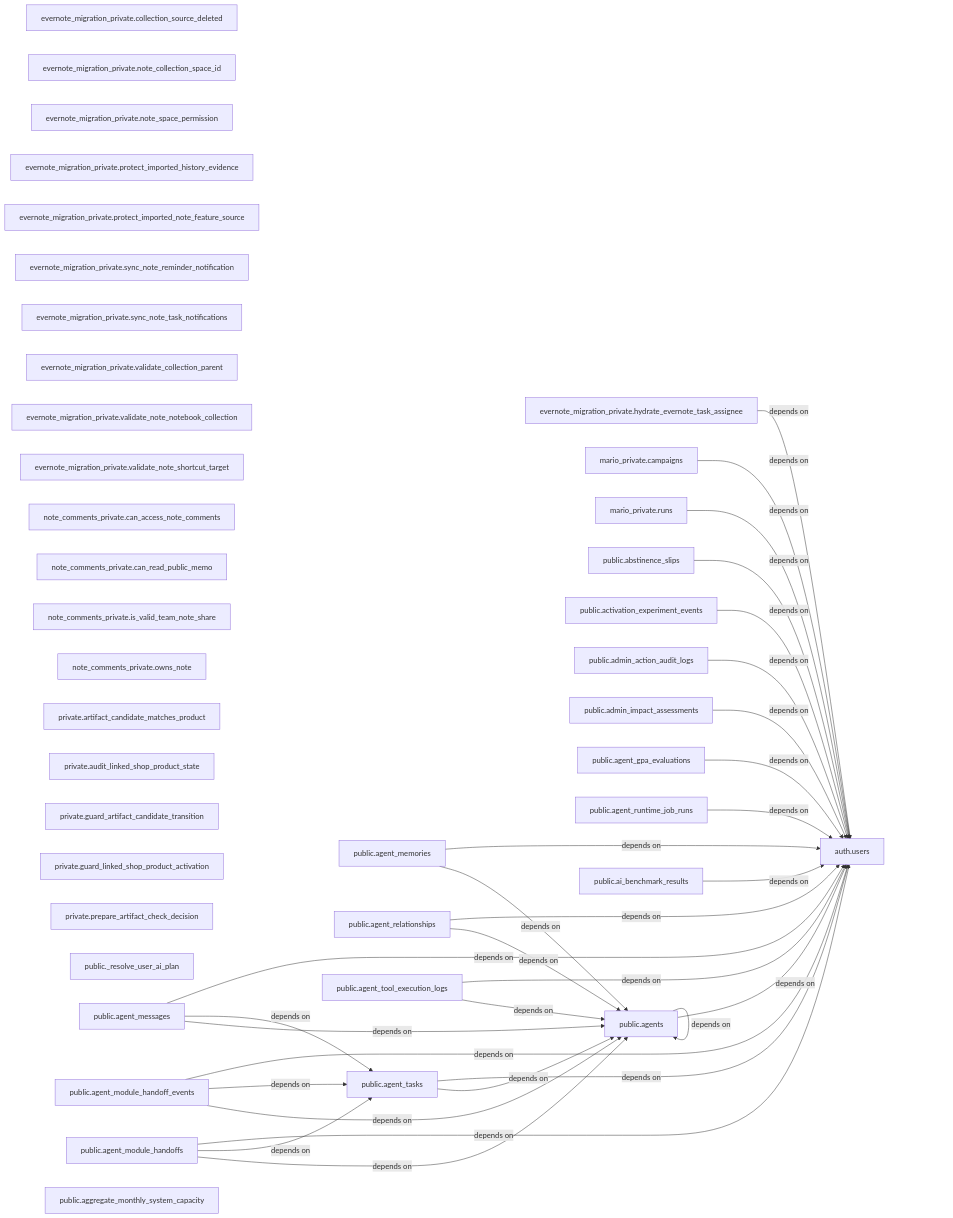
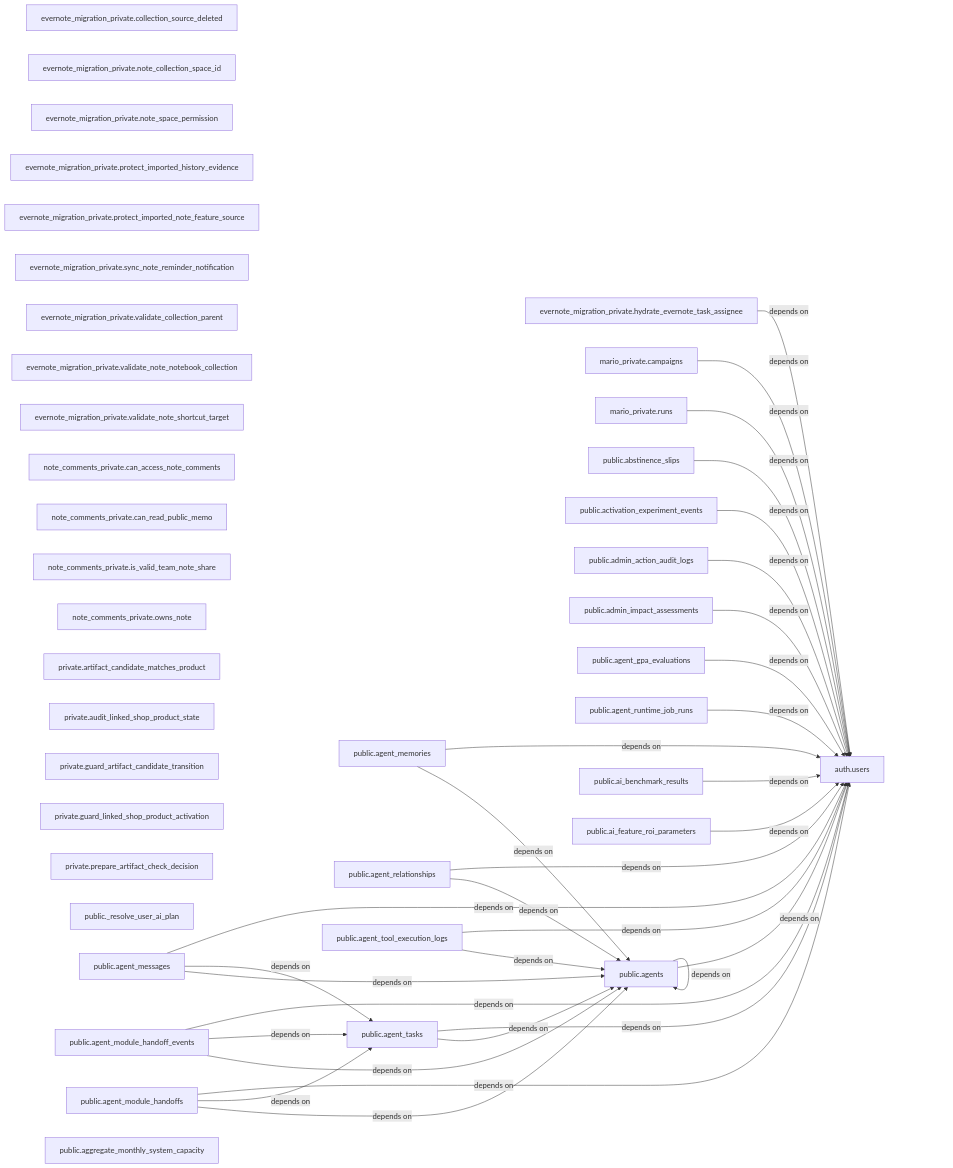
The second of 2 diagrams in docs/generated/INFRASTRUCTURE_MAP.md (kanta13jp1/my_web_app), drawn with Mermaid before and after one commit. The commit also changed other lines of this file and 9 other files, not shown here.

````diff
--- a/docs/generated/INFRASTRUCTURE_MAP.md
+++ b/docs/generated/INFRASTRUCTURE_MAP.md
@@ -25,72 +25,73 @@
 ```mermaid
 flowchart LR
   r_83903ee32b["auth.users"]
   r_d88f3b84ca["evernote_migration_private.collection_source_deleted"]
   r_73c4f41def["evernote_migration_private.hydrate_evernote_task_assignee"]
   r_ffb672200f["evernote_migration_private.note_collection_space_id"]
   r_769d2844f9["evernote_migration_private.note_space_permission"]
   r_c5d14536e4["evernote_migration_private.protect_imported_history_evidence"]
   r_61ee01a06e["evernote_migration_private.protect_imported_note_feature_source"]
   r_39663d015d["evernote_migration_private.sync_note_reminder_notification"]
-  r_7003e30ffb["evernote_migration_private.sync_note_task_notifications"]
   r_cb340cb8d0["evernote_migration_private.validate_collection_parent"]
   r_83b4367884["evernote_migration_private.validate_note_notebook_collection"]
   r_cf19f1c46f["evernote_migration_private.validate_note_shortcut_target"]
   r_ac500aabc1["mario_private.campaigns"]
   r_c3130a4a16["mario_private.runs"]
   r_6bb9d6715b["note_comments_private.can_access_note_comments"]
   r_925c771fa1["note_comments_private.can_read_public_memo"]
   r_5eb21972d5["note_comments_private.is_valid_team_note_share"]
   r_e8169db4ad["note_comments_private.owns_note"]
   r_8191971c00["private.artifact_candidate_matches_product"]
   r_e1862b1f50["private.audit_linked_shop_product_state"]
   r_5a323ff113["private.guard_artifact_candidate_transition"]
   r_f6277383c4["private.guard_linked_shop_product_activation"]
   r_c5201230ed["private.prepare_artifact_check_decision"]
   r_09591299f9["public._resolve_user_ai_plan"]
   r_329fe13cab["public.abstinence_slips"]
   r_baad80ddc1["public.activation_experiment_events"]
   r_1a31a32345["public.admin_action_audit_logs"]
   r_5f70eb8b05["public.admin_impact_assessments"]
   r_fbcd5fc165["public.agent_gpa_evaluations"]
   r_7673212bd8["public.agent_memories"]
   r_75122649e6["public.agent_messages"]
   r_033868af7f["public.agent_module_handoff_events"]
   r_999827be17["public.agent_module_handoffs"]
   r_d87b4e9d5a["public.agent_relationships"]
   r_ad4057e3a0["public.agent_runtime_job_runs"]
   r_07696a89a7["public.agent_tasks"]
   r_e4fc606bbb["public.agent_tool_execution_logs"]
   r_b7636f3dcb["public.agents"]
   r_0bb7f8efc2["public.aggregate_monthly_system_capacity"]
   r_e4bcb02f47["public.ai_benchmark_results"]
+  r_1381217d4c["public.ai_feature_roi_parameters"]
   r_73c4f41def -->|depends on| r_83903ee32b
   r_ac500aabc1 -->|depends on| r_83903ee32b
   r_c3130a4a16 -->|depends on| r_83903ee32b
   r_329fe13cab -->|depends on| r_83903ee32b
   r_baad80ddc1 -->|depends on| r_83903ee32b
   r_1a31a32345 -->|depends on| r_83903ee32b
   r_5f70eb8b05 -->|depends on| r_83903ee32b
   r_fbcd5fc165 -->|depends on| r_83903ee32b
   r_7673212bd8 -->|depends on| r_83903ee32b
   r_7673212bd8 -->|depends on| r_b7636f3dcb
   r_75122649e6 -->|depends on| r_83903ee32b
   r_75122649e6 -->|depends on| r_07696a89a7
   r_75122649e6 -->|depends on| r_b7636f3dcb
   r_033868af7f -->|depends on| r_83903ee32b
   r_033868af7f -->|depends on| r_07696a89a7
   r_033868af7f -->|depends on| r_b7636f3dcb
   r_999827be17 -->|depends on| r_83903ee32b
   r_999827be17 -->|depends on| r_07696a89a7
   r_999827be17 -->|depends on| r_b7636f3dcb
   r_d87b4e9d5a -->|depends on| r_83903ee32b
   r_d87b4e9d5a -->|depends on| r_b7636f3dcb
   r_ad4057e3a0 -->|depends on| r_83903ee32b
   r_07696a89a7 -->|depends on| r_83903ee32b
   r_07696a89a7 -->|depends on| r_b7636f3dcb
   r_e4fc606bbb -->|depends on| r_83903ee32b
   r_e4fc606bbb -->|depends on| r_b7636f3dcb
   r_b7636f3dcb -->|depends on| r_83903ee32b
   r_b7636f3dcb -->|depends on| r_b7636f3dcb
   r_e4bcb02f47 -->|depends on| r_83903ee32b
+  r_1381217d4c -->|depends on| r_83903ee32b
 ```
````
